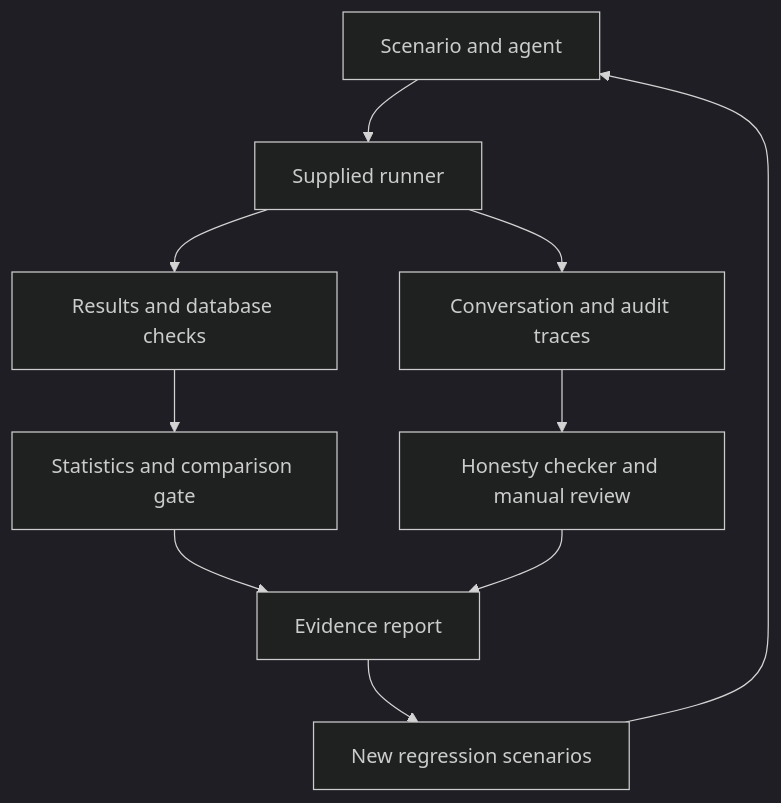
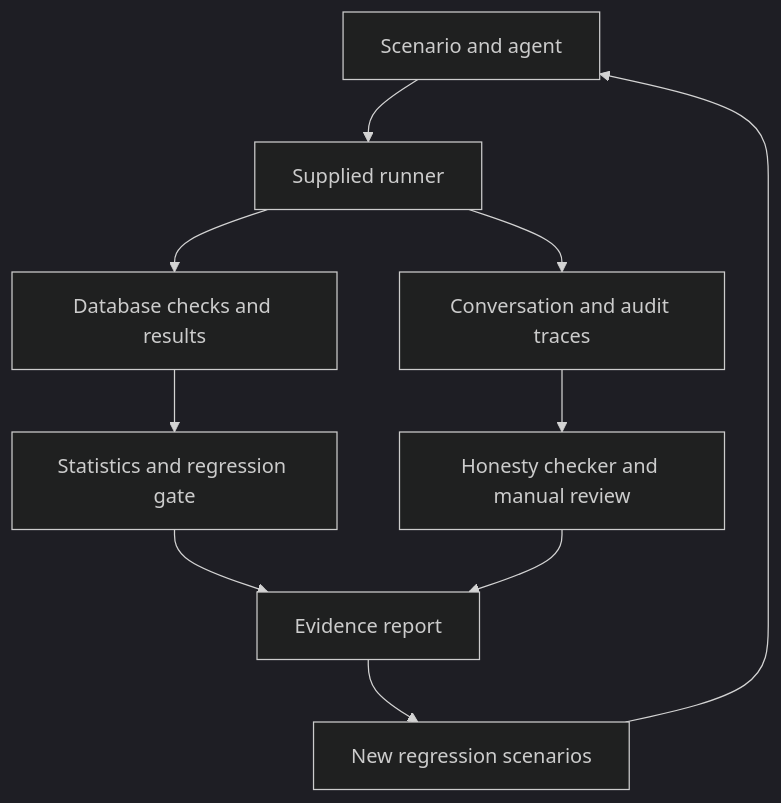
The diagram in README.md (Bashtawi04/Cerebrum-Agent-Reliability), drawn with Mermaid (dark theme) before and after one commit. The commit also changed other lines of this file and 9 other files, not shown here.

````diff
--- a/README.md
+++ b/README.md
@@ -70,12 +89,12 @@
 ```mermaid
 flowchart TD
     A[Scenario and agent] --> B[Supplied runner]
-    B --> C[Results and database checks]
+    B --> C[Database checks and results]
     B --> D[Conversation and audit traces]
-    C --> E[Statistics and comparison gate]
+    C --> E[Statistics and regression gate]
     D --> F[Honesty checker and manual review]
     E --> G[Evidence report]
     F --> G
     G --> H[New regression scenarios]
     H --> A
 ```
````
